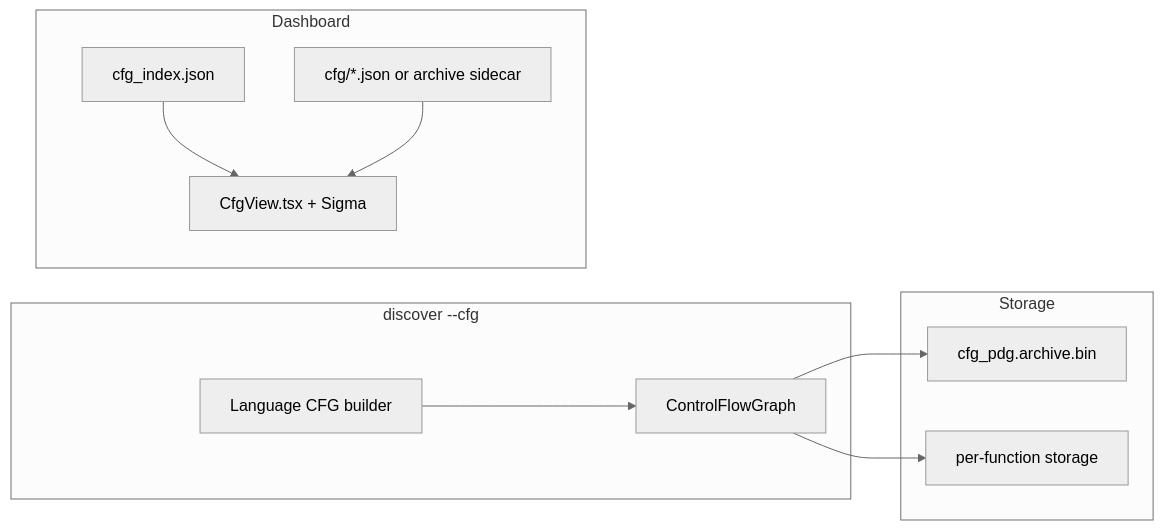
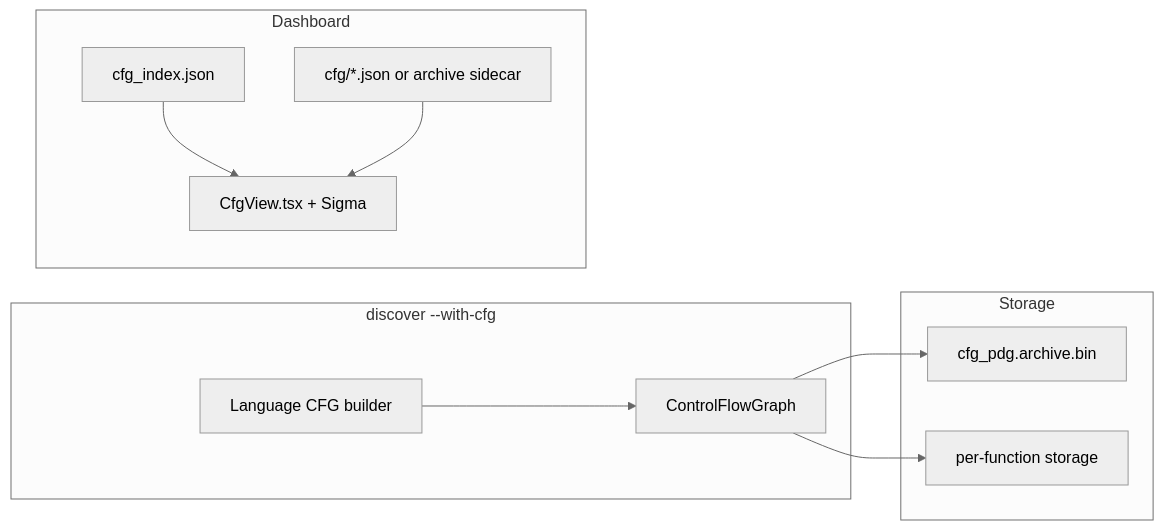
Before and after one commit to l3acon/rgctl: the diagram in docs/design/cfg-design.md, drawn with Mermaid (neutral theme). The commit also changed 24 other files, not shown here.

````diff
--- a/docs/design/cfg-design.md
+++ b/docs/design/cfg-design.md
@@ -24,23 +24,23 @@
 ```mermaid
 flowchart LR
-  subgraph build["discover --cfg"]
+  subgraph build["discover --with-cfg"]
     PARSE[Language CFG builder]
     CFG[ControlFlowGraph]
     PARSE --> CFG
   end
 
   subgraph store["Storage"]
     ARC[cfg_pdg.archive.bin]
     PER[per-function storage]
     CFG --> ARC
     CFG --> PER
   end
 
   subgraph export["Dashboard"]
     CI[cfg_index.json]
     CD[cfg/*.json or archive sidecar]
     CV[CfgView.tsx + Sigma]
     CI --> CV
     CD --> CV
   end
 ```
````
